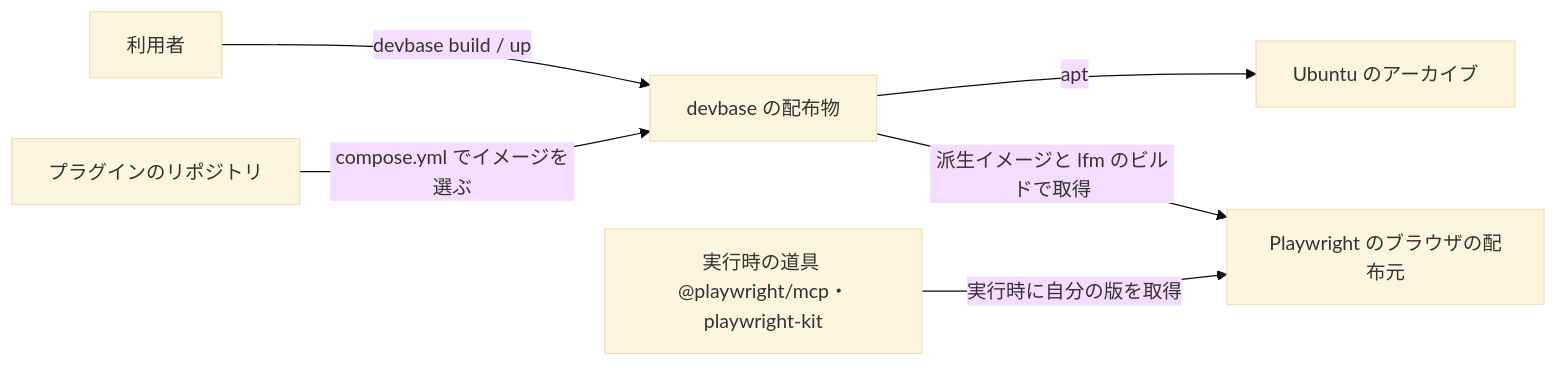
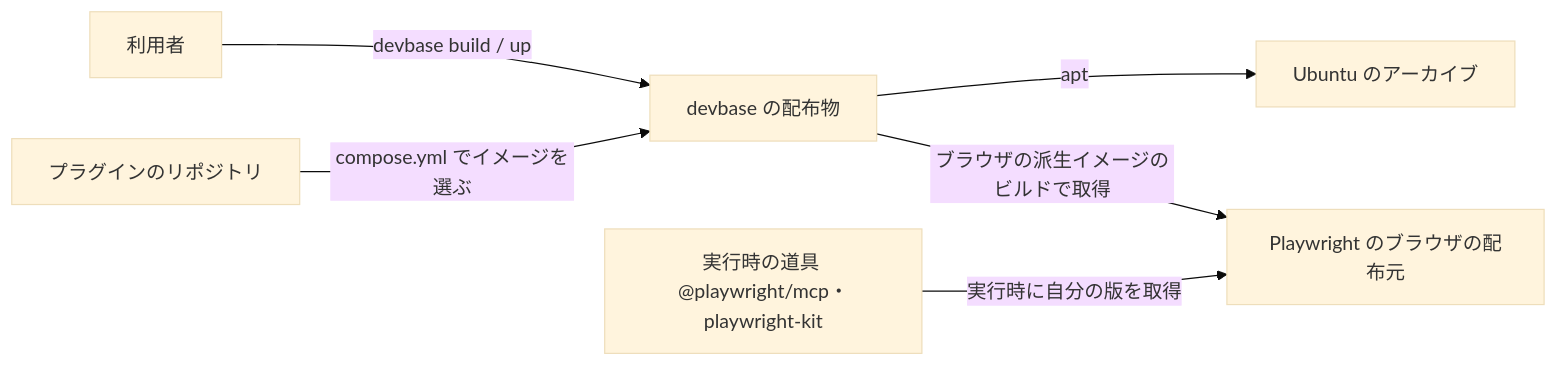
Before and after one commit to devbasex/devbase: the second of 4 diagrams in issues/issue-402-design.md, drawn with Mermaid (base theme). The commit also changed other lines of this file and 3 other files, not shown here.

````diff
--- a/issues/issue-402-design.md
+++ b/issues/issue-402-design.md
@@ -195,8 +194,8 @@
 ```mermaid
 graph LR
     User[利用者] -->|devbase build / up| Devbase[devbase の配布物]
     Plugin[プラグインのリポジトリ] -->|compose.yml でイメージを選ぶ| Devbase
     Devbase -->|apt| Ubuntu[Ubuntu のアーカイブ]
-    Devbase -->|派生イメージと lfm のビルドで取得| CDN[Playwright のブラウザの配布元]
+    Devbase -->|ブラウザの派生イメージのビルドで取得| CDN[Playwright のブラウザの配布元]
     Tools[実行時の道具 @playwright/mcp・playwright-kit] -->|実行時に自分の版を取得| CDN
 ```
````
